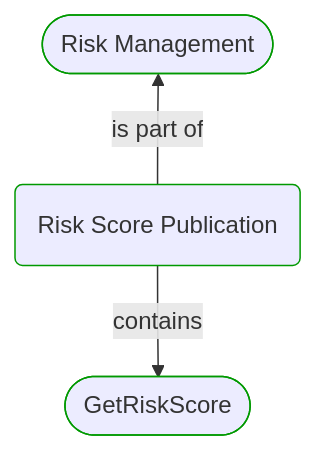
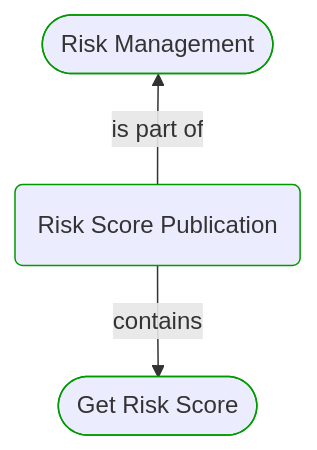
Before and after one commit to itlibrium/DDD-starter-dotnet: the first of 2 diagrams in Docs/P3/MermaidOutput/Domain/Processes/Risk management/Risk score publication/RiskScorePublication.md, drawn with Mermaid. The commit also changed other lines of this file and 51 other files, not shown here.

````diff
--- a/Docs/P3/MermaidOutput/Domain/Processes/Risk management/Risk score publication/RiskScorePublication.md
+++ b/Docs/P3/MermaidOutput/Domain/Processes/Risk management/Risk score publication/RiskScorePublication.md
@@ -22,17 +22,17 @@
 ```mermaid
   flowchart TB
     0([Risk Management])
     class 0 DomainPerspective
     1(Risk Score Publication)
     class 1 DomainPerspective
     0---1
     1-->|is part of|0
     1---0
-    2([GetRiskScore])
+    2([Get Risk Score])
     class 2 DomainPerspective
     1-->|contains|2
     linkStyle 0,2 stroke:none
     classDef DomainPerspective stroke:#009900
     classDef TechnologyPerspective stroke:#1F41EB
     classDef PeoplePerspective stroke:#FFF014
 ```
````
